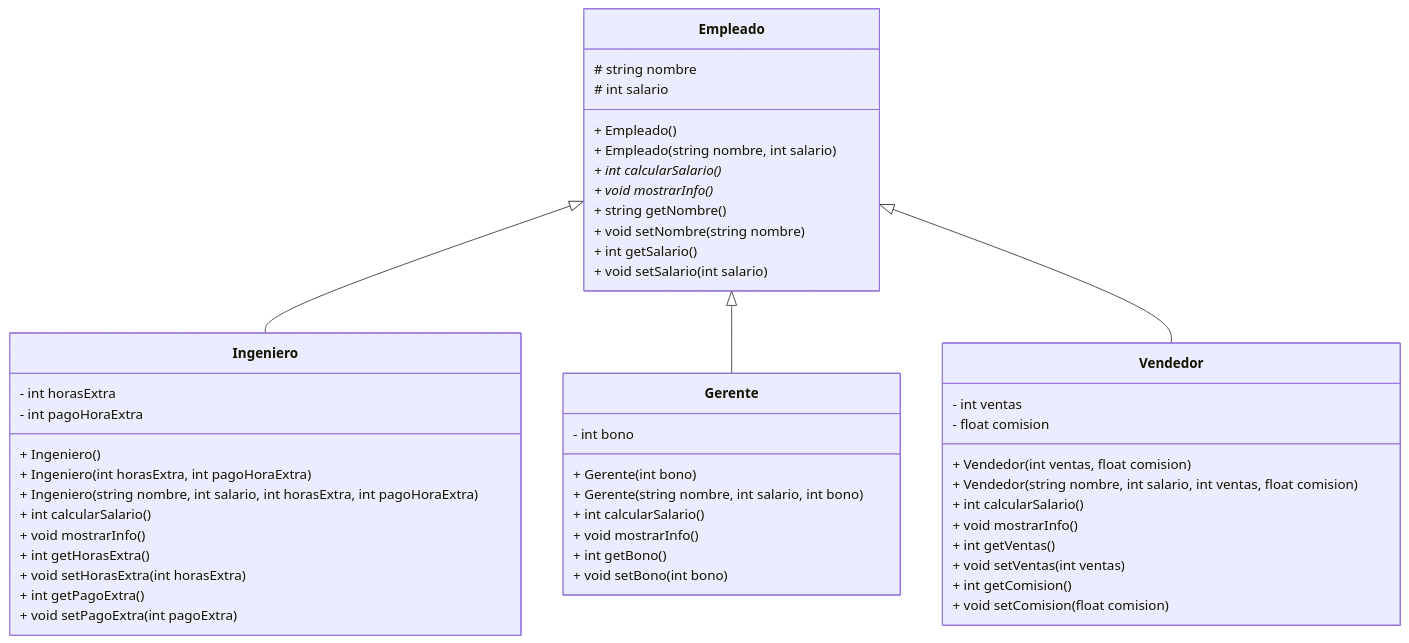
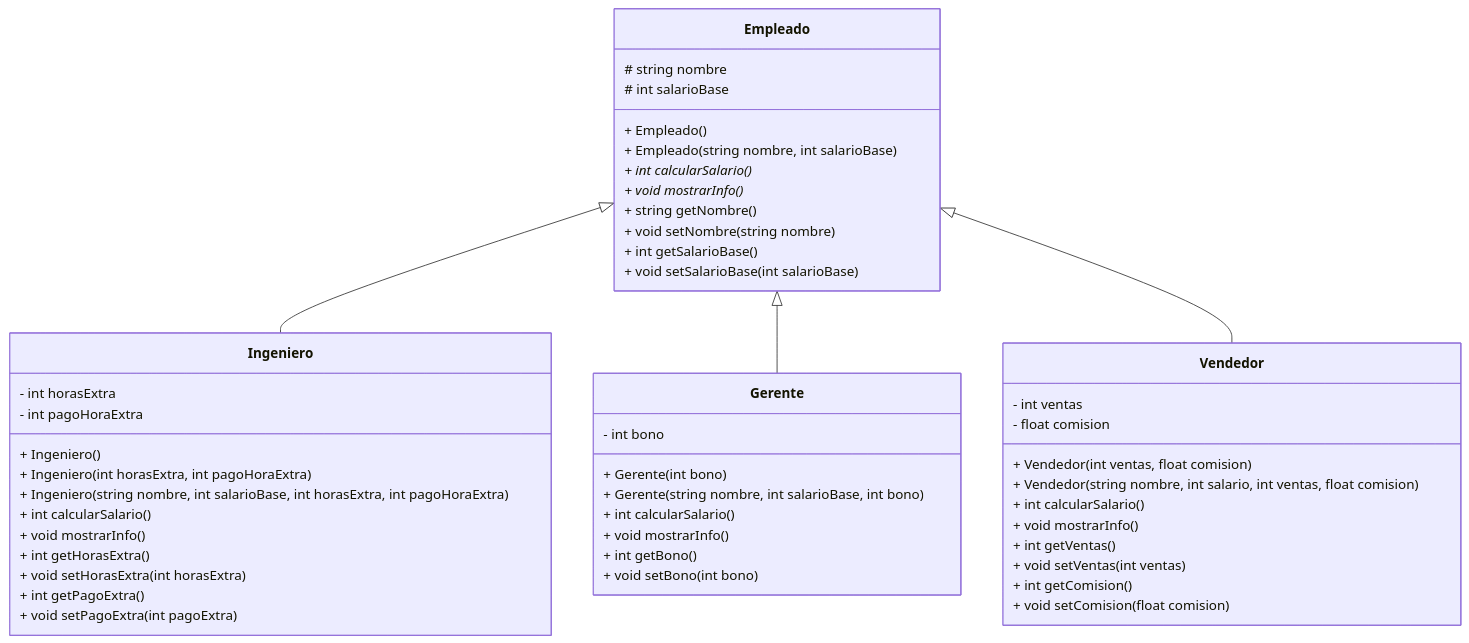
One commit to yoanpinzon/POO changed the first of 2 diagrams in clase23ago.md. Above: the diagram before and after it, drawn with Mermaid. The commit also changed other lines of this file, not shown here.

````diff
--- a/clase23ago.md
+++ b/clase23ago.md
@@ -5,56 +5,56 @@
 ```mermaid
 classDiagram
     class Empleado {
         # string nombre
-        # int salario
+        # int salarioBase
         + Empleado()
-        + Empleado(string nombre, int salario)
+        + Empleado(string nombre, int salarioBase)
         + int calcularSalario()*
         + void mostrarInfo()*
         + string getNombre()
         + void setNombre(string nombre)
-        + int getSalario()
-        + void setSalario(int salario)
+        + int getSalarioBase()
+        + void setSalarioBase(int salarioBase)
     }
 
     class Gerente {
         - int bono
         + Gerente(int bono)
-        + Gerente(string nombre, int salario, int bono)
+        + Gerente(string nombre, int salarioBase, int bono)
         + int calcularSalario()
         + void mostrarInfo()
         + int getBono()
         + void setBono(int bono)
     }
 
     class Ingeniero {
         - int horasExtra
         - int pagoHoraExtra
         + Ingeniero()
         + Ingeniero(int horasExtra, int pagoHoraExtra)
-        + Ingeniero(string nombre, int salario, int horasExtra, int pagoHoraExtra)
+        + Ingeniero(string nombre, int salarioBase, int horasExtra, int pagoHoraExtra)
         + int calcularSalario()
         + void mostrarInfo()
         + int getHorasExtra()
         + void setHorasExtra(int horasExtra)
         + int getPagoExtra()
         + void setPagoExtra(int pagoExtra)
     }
 
     class Vendedor {
         - int ventas
         - float comision
         + Vendedor(int ventas, float comision)
         + Vendedor(string nombre, int salario, int ventas, float comision)
         + int calcularSalario()
         + void mostrarInfo()
         + int getVentas()
         + void setVentas(int ventas)
         + int getComision()
         + void setComision(float comision)
     }
 
     Empleado <|-- Ingeniero
     Empleado <|-- Gerente
     Empleado <|-- Vendedor
 ```
````
